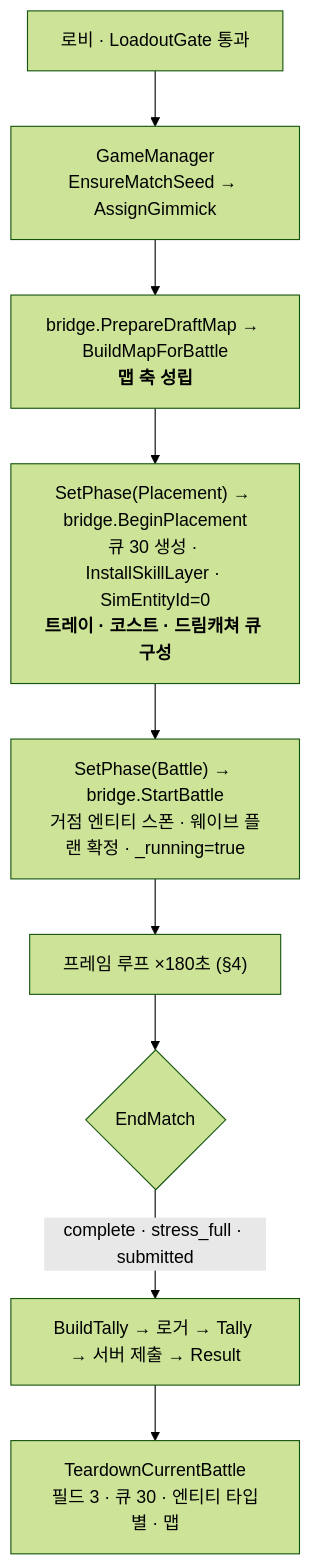
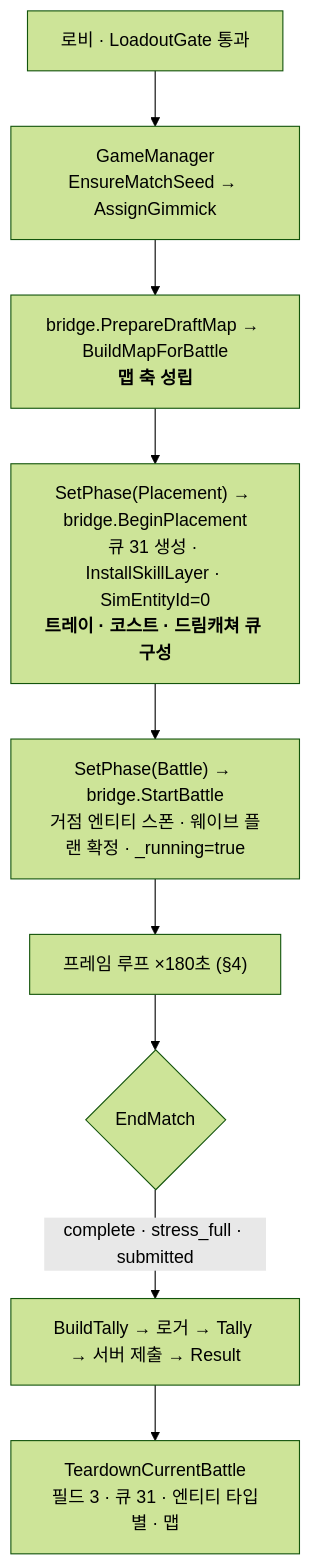
Before and after one commit to wasssupman/dreamsquad-demo: the second of 2 diagrams in docs/reference/battle-core-architecture.md, drawn with Mermaid (forest theme). The commit also changed other lines of this file and 64 other files, not shown here.

````diff
--- a/docs/reference/battle-core-architecture.md
+++ b/docs/reference/battle-core-architecture.md
@@ -250,11 +259,11 @@
 ```mermaid
 flowchart TD
     L["로비 · LoadoutGate 통과"] --> S["GameManager<br/>EnsureMatchSeed → AssignGimmick"]
     S --> M["bridge.PrepareDraftMap → BuildMapForBattle<br/><b>맵 축 성립</b>"]
-    M --> P["SetPhase(Placement) → bridge.BeginPlacement<br/>큐 30 생성 · InstallSkillLayer · SimEntityId=0<br/><b>트레이 · 코스트 · 드림캐쳐 큐 구성</b>"]
+    M --> P["SetPhase(Placement) → bridge.BeginPlacement<br/>큐 31 생성 · InstallSkillLayer · SimEntityId=0<br/><b>트레이 · 코스트 · 드림캐쳐 큐 구성</b>"]
     P --> B["SetPhase(Battle) → bridge.StartBattle<br/>거점 엔티티 스폰 · 웨이브 플랜 확정 · _running=true"]
     B --> F["프레임 루프 ×180초 (§4)"]
     F --> E{"EndMatch"}
     E -->|"complete · stress_full · submitted"| T["BuildTally → 로거 → Tally → 서버 제출 → Result"]
-    T --> D["TeardownCurrentBattle<br/>필드 3 · 큐 30 · 엔티티 타입별 · 맵"]
+    T --> D["TeardownCurrentBattle<br/>필드 3 · 큐 31 · 엔티티 타입별 · 맵"]
 ```
````
